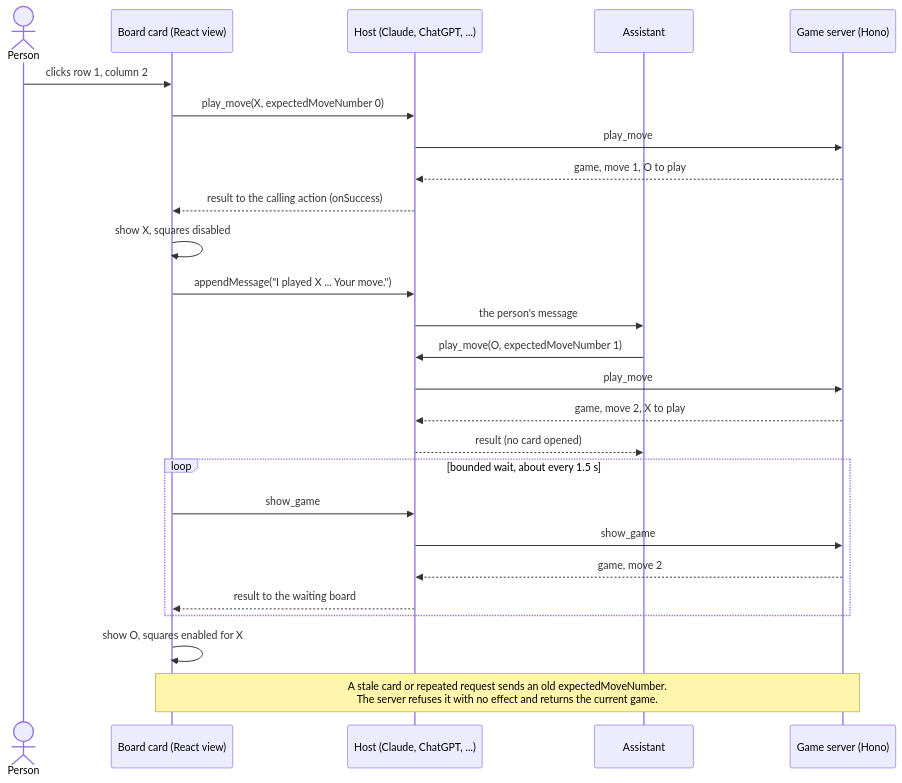
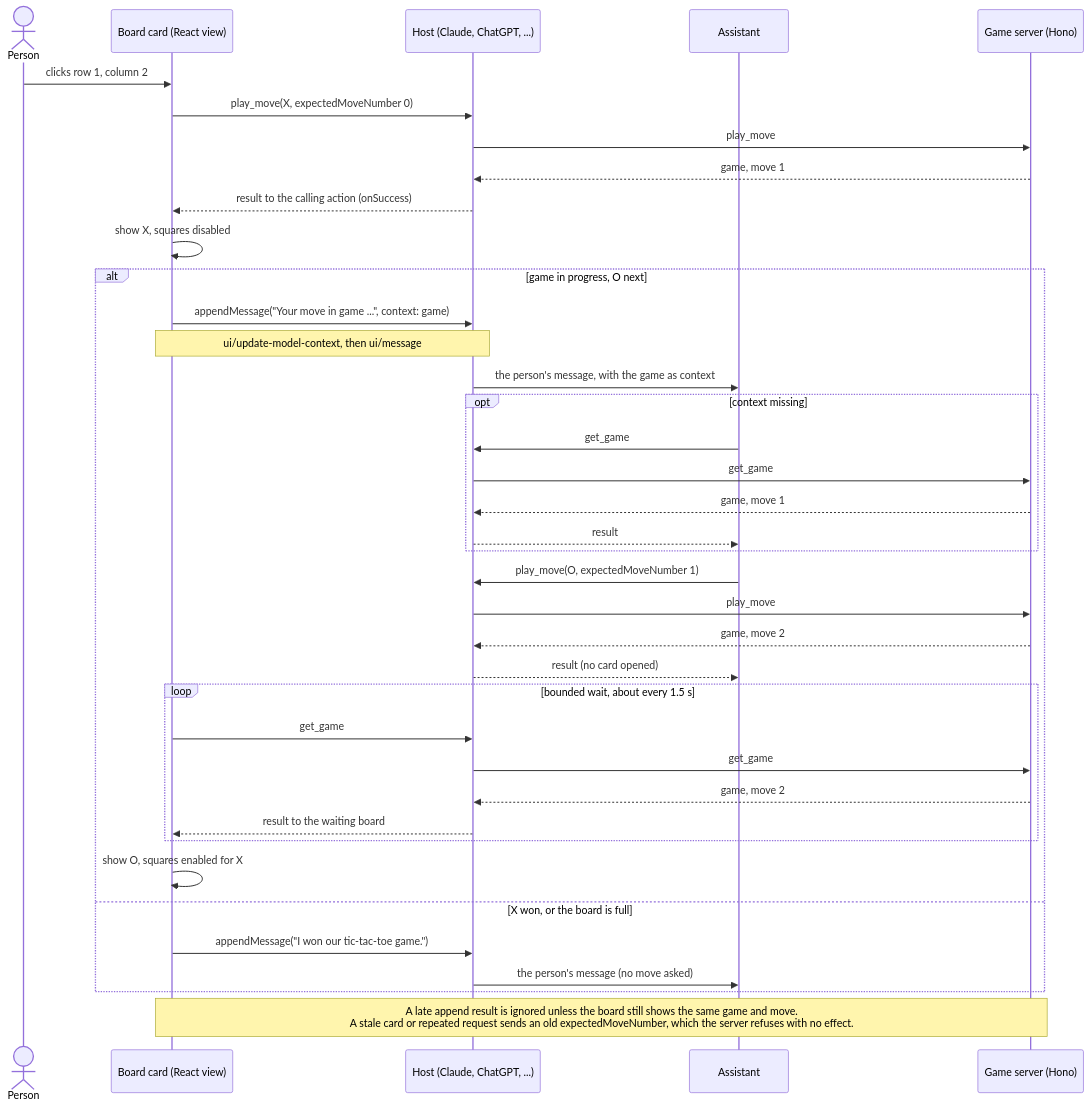
The diagram in diagrams/tic-tac-toe-turn-loop.mmd (MachineWisdomAI/saga-a2ui), drawn with Mermaid before and after one commit. The commit also changed 7 other files, not shown here.

First line of the commit message:
docs(blueprints): pass game context with the move message and report finished games

```diff
--- a/diagrams/tic-tac-toe-turn-loop.mmd
+++ b/diagrams/tic-tac-toe-turn-loop.mmd
@@ -1,26 +1,38 @@
 sequenceDiagram
   actor P as Person
   participant B as Board card (React view)
   participant H as Host (Claude, ChatGPT, ...)
   participant A as Assistant
   participant S as Game server (Hono)
   P->>B: clicks row 1, column 2
   B->>H: play_move(X, expectedMoveNumber 0)
   H->>S: play_move
-  S-->>H: game, move 1, O to play
+  S-->>H: game, move 1
   H-->>B: result to the calling action (onSuccess)
   B->>B: show X, squares disabled
-  B->>H: appendMessage("I played X ... Your move.")
-  H->>A: the person's message
-  A->>H: play_move(O, expectedMoveNumber 1)
-  H->>S: play_move
-  S-->>H: game, move 2, X to play
-  H-->>A: result (no card opened)
-  loop bounded wait, about every 1.5 s
-    B->>H: show_game
-    H->>S: show_game
+  alt game in progress, O next
+    B->>H: appendMessage("Your move in game ...", context: game)
+    Note over B,H: ui/update-model-context, then ui/message
+    H->>A: the person's message, with the game as context
+    opt context missing
+      A->>H: get_game
+      H->>S: get_game
+      S-->>H: game, move 1
+      H-->>A: result
+    end
+    A->>H: play_move(O, expectedMoveNumber 1)
+    H->>S: play_move
     S-->>H: game, move 2
-    H-->>B: result to the waiting board
+    H-->>A: result (no card opened)
+    loop bounded wait, about every 1.5 s
+      B->>H: get_game
+      H->>S: get_game
+      S-->>H: game, move 2
+      H-->>B: result to the waiting board
+    end
+    B->>B: show O, squares enabled for X
+  else X won, or the board is full
+    B->>H: appendMessage("I won our tic-tac-toe game.")
+    H->>A: the person's message (no move asked)
   end
-  B->>B: show O, squares enabled for X
-  Note over B,S: A stale card or repeated request sends an old expectedMoveNumber.<br/>The server refuses it with no effect and returns the current game.
+  Note over B,S: A late append result is ignored unless the board still shows the same game and move.<br/>A stale card or repeated request sends an old expectedMoveNumber, which the server refuses with no effect.
```
